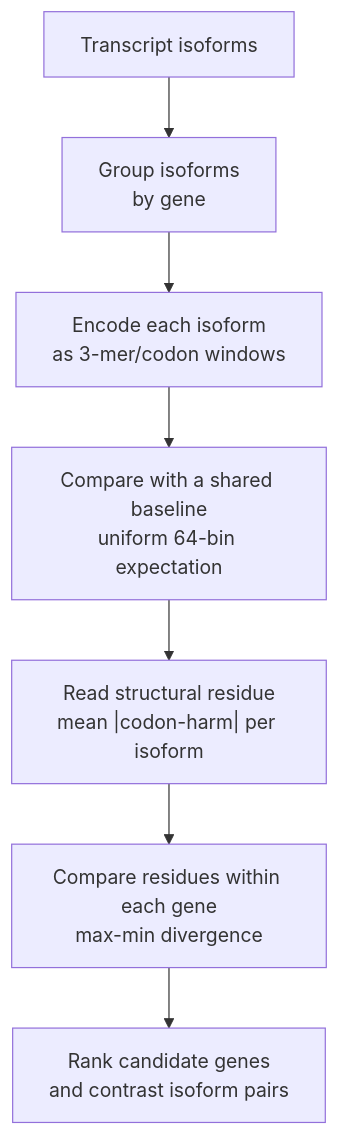
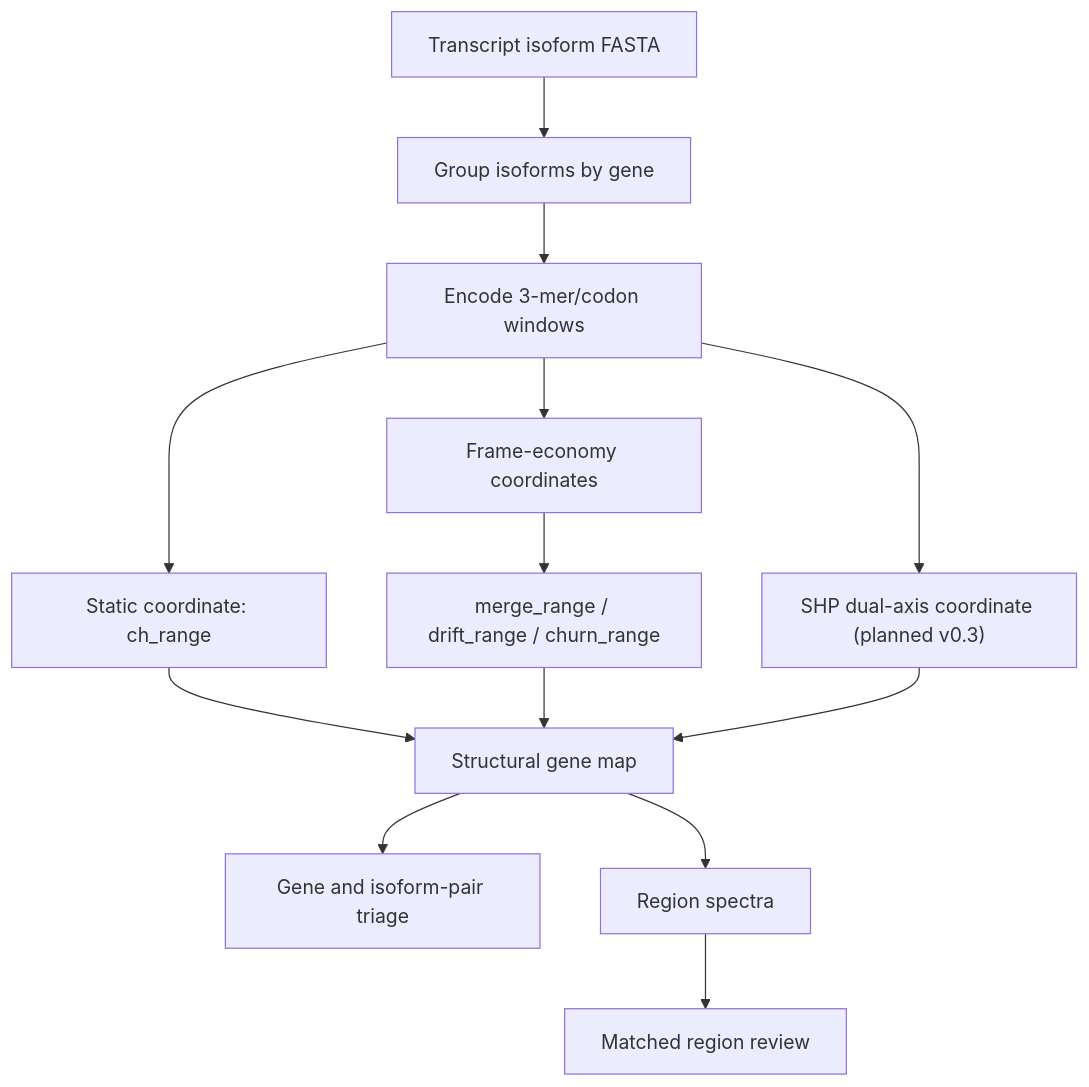
One commit to JackeyLGene/NoHarm changed the diagram in README.md. Above: the diagram before and after it, drawn with Mermaid. The commit also changed other lines of this file and 14 other files, not shown here.

````diff
--- a/README.md
+++ b/README.md
@@ -24,9 +48,15 @@
 ```mermaid
 flowchart TD
-    A["Transcript isoforms"] --> B["Group isoforms<br/>by gene"]
-    B --> C["Encode each isoform<br/>as 3-mer/codon windows"]
-    C --> D["Compare with a shared baseline<br/>uniform 64-bin expectation"]
-    D --> E["Read structural residue<br/>mean |codon-harm| per isoform"]
-    E --> F["Compare residues within each gene<br/>max-min divergence"]
-    F --> G["Rank candidate genes<br/>and contrast isoform pairs"]
+    A["Transcript isoform FASTA"] --> B["Group isoforms by gene"]
+    B --> C["Encode 3-mer/codon windows"]
+    C --> D["Static coordinate: ch_range"]
+    C --> E["Frame-economy coordinates"]
+    C --> K["SHP dual-axis coordinate (planned v0.3)"]
+    E --> F["merge_range / drift_range / churn_range"]
+    D --> G["Structural gene map"]
+    F --> G
+    K --> G
+    G --> H["Gene and isoform-pair triage"]
+    G --> I["Region spectra"]
+    I --> J["Matched region review"]
 ```
````
